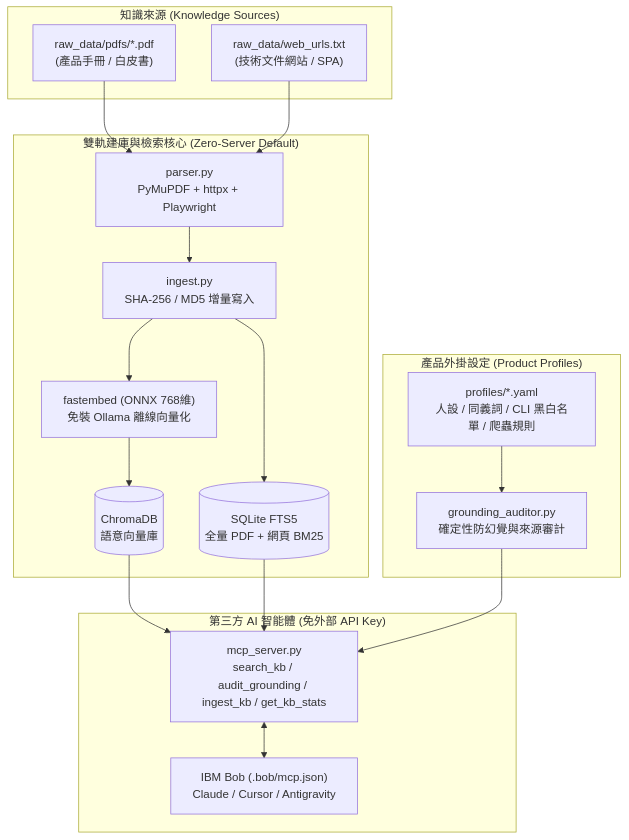
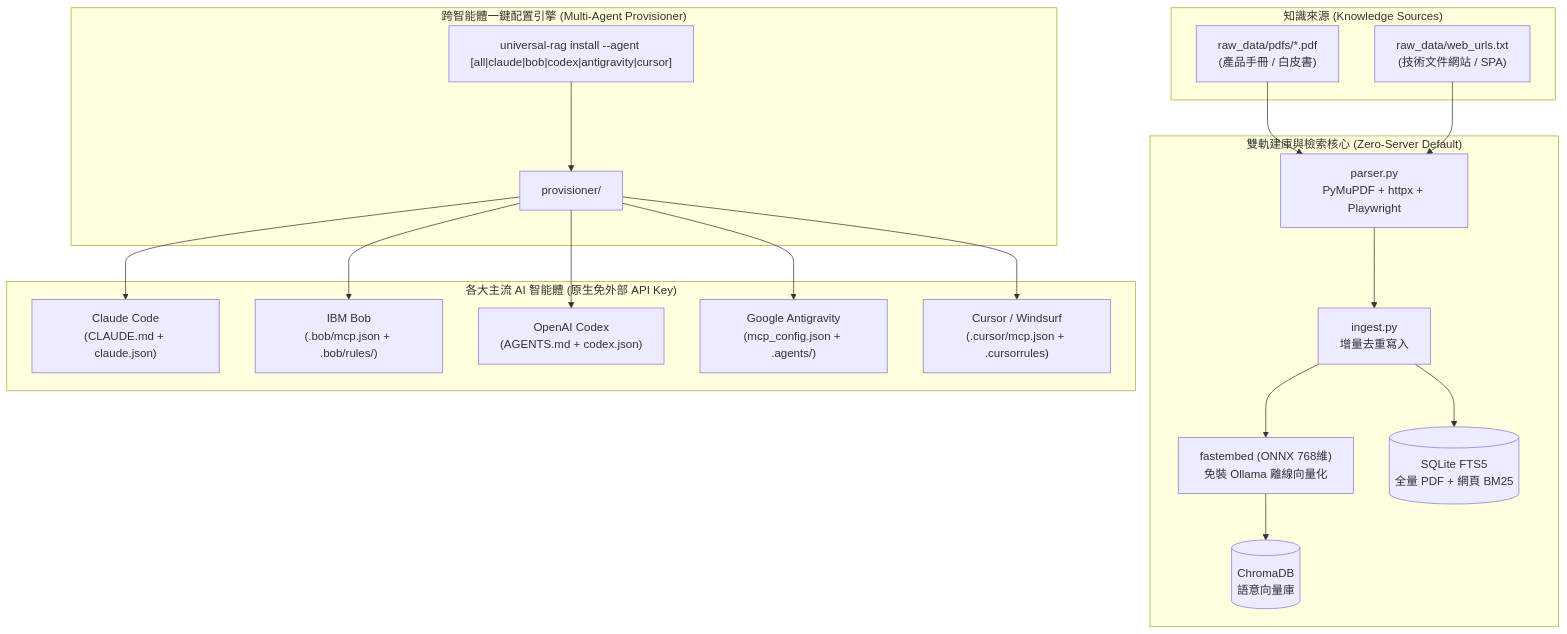
One commit to Kuo1964/universal-rag-template changed the diagram in README.md. Above: the diagram before and after it, drawn with Mermaid. The commit also changed other lines of this file and 12 other files, not shown here.

Commit message:
feat: add multi-agent provisioner (Claude, Codex, Antigravity, Bob, Cursor) and universal CLI

````diff
--- a/README.md
+++ b/README.md
@@ -11,36 +11,40 @@
 ```mermaid
 flowchart TB
     subgraph Sources["知識來源 (Knowledge Sources)"]
         PDF["raw_data/pdfs/*.pdf<br/>(產品手冊 / 白皮書)"]
         WEB["raw_data/web_urls.txt<br/>(技術文件網站 / SPA)"]
     end
 
     subgraph Engine["雙軌建庫與檢索核心 (Zero-Server Default)"]
         PAR["parser.py<br/>PyMuPDF + httpx + Playwright"]
-        ING["ingest.py<br/>SHA-256 / MD5 增量寫入"]
+        ING["ingest.py<br/>增量去重寫入"]
         EMB["fastembed (ONNX 768維)<br/>免裝 Ollama 離線向量化"]
         VDB[("ChromaDB<br/>語意向量庫")]
         FTS[("SQLite FTS5<br/>全量 PDF + 網頁 BM25")]
     end
 
-    subgraph Profiles["產品外掛設定 (Product Profiles)"]
-        PROF["profiles/*.yaml<br/>人設 / 同義詞 / CLI 黑白名單 / 爬蟲規則"]
-        AUD["grounding_auditor.py<br/>確定性防幻覺與來源審計"]
+    subgraph Provisioner["跨智能體一鍵配置引擎 (Multi-Agent Provisioner)"]
+        CLI["universal-rag install --agent [all|claude|bob|codex|antigravity|cursor]"]
+        PROV["provisioner/"]
     end
 
-    subgraph Agents["第三方 AI 智能體 (免外部 API Key)"]
-        MCP["mcp_server.py<br/>search_kb / audit_grounding / ingest_kb / get_kb_stats"]
-        BOB["IBM Bob (.bob/mcp.json)<br/>Claude / Cursor / Antigravity"]
+    subgraph TargetAgents["各大主流 AI 智能體 (原生免外部 API Key)"]
+        A_CLAUDE["Claude Code<br/>(CLAUDE.md + claude.json)"]
+        A_BOB["IBM Bob<br/>(.bob/mcp.json + .bob/rules/)"]
+        A_CODEX["OpenAI Codex<br/>(AGENTS.md + codex.json)"]
+        A_AGY["Google Antigravity<br/>(mcp_config.json + .agents/)"]
+        A_CURSOR["Cursor / Windsurf<br/>(.cursor/mcp.json + .cursorrules)"]
     end
 
     PDF --> PAR
     WEB --> PAR
     PAR --> ING
     ING --> EMB --> VDB
     ING --> FTS
-    PROF --> AUD
-    VDB --> MCP
-    FTS --> MCP
-    AUD --> MCP
-    MCP <--> BOB
+    CLI --> PROV
+    PROV --> A_CLAUDE
+    PROV --> A_BOB
+    PROV --> A_CODEX
+    PROV --> A_AGY
+    PROV --> A_CURSOR
 ```
````
